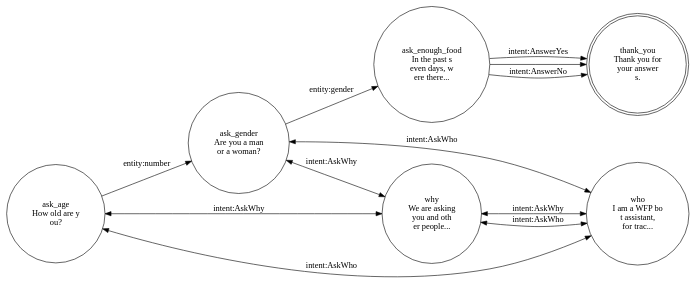
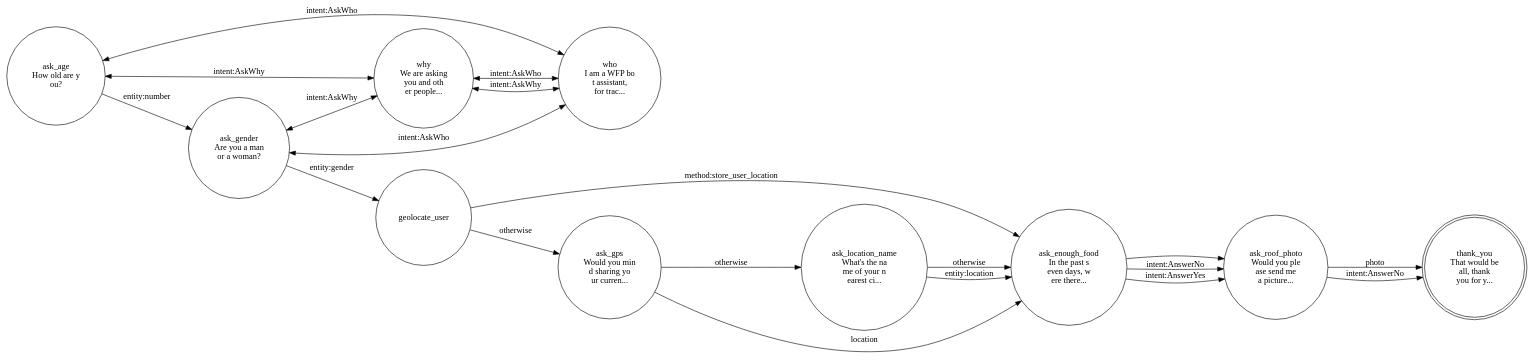
One commit to instedd/mvam-chatbot changed the diagram in data/survey.dot. Above: the diagram before and after it, drawn with Graphviz. The commit also changed 2 other files, not shown here.

Commit message:
Fix diagram drawing script

```diff
--- a/data/survey.dot
+++ b/data/survey.dot
@@ -1,41 +1,67 @@
 digraph survey_flow {
 	rankdir=LR;
 	size="40";
 	ask_age [ label = "ask_age
 How old are y
 ou?", shape = circle ];
 	ask_gender [ label = "ask_gender
 Are you a man
  or a woman?
 ", shape = circle ];
+	geolocate_user [ label = "geolocate_user
+", shape = circle ];
+	ask_gps [ label = "ask_gps
+Would you min
+d sharing yo
+ur curren...
+", shape = circle ];
+	ask_location_name [ label = "ask_location_name
+What's the na
+me of your n
+earest ci...
+", shape = circle ];
 	ask_enough_food [ label = "ask_enough_food
 In the past s
 even days, w
 ere there...
 ", shape = circle ];
+	ask_roof_photo [ label = "ask_roof_photo
+Would you ple
+ase send me 
+a picture...
+", shape = circle ];
 	thank_you [ label = "thank_you
-Thank you for
- your answer
-s.", shape = doublecircle ];
+That would be
+ all, thank 
+you for y...
+", shape = doublecircle ];
 	why [ label = "why
 We are asking
  you and oth
 er people...
 ", shape = circle ];
 	who [ label = "who
 I am a WFP bo
 t assistant,
  for trac...
 ", shape = circle ];
 	ask_age -> ask_gender [ label = "entity:number", dir = forward ];
 	ask_age -> why [ label = "intent:AskWhy", dir = both ];
 	ask_age -> who [ label = "intent:AskWho", dir = both ];
-	ask_gender -> ask_enough_food [ label = "entity:gender", dir = forward ];
+	ask_gender -> geolocate_user [ label = "entity:gender", dir = forward ];
 	ask_gender -> why [ label = "intent:AskWhy", dir = both ];
 	ask_gender -> who [ label = "intent:AskWho", dir = both ];
-	ask_enough_food -> thank_you [ label = "", dir = forward ];
-	ask_enough_food -> thank_you [ label = "intent:AnswerNo", dir = forward ];
-	ask_enough_food -> thank_you [ label = "intent:AnswerYes", dir = forward ];
+	geolocate_user -> ask_enough_food [ label = "method:store_user_location", dir = forward ];
+	geolocate_user -> ask_gps [ label = "otherwise", dir = forward ];
+	ask_gps -> ask_enough_food [ label = "location", dir = forward ];
+	ask_gps -> ask_location_name [ label = "otherwise", dir = forward ];
+	ask_location_name -> ask_enough_food [ label = "entity:location", dir = forward ];
+	ask_location_name -> ask_enough_food [ label = "otherwise", dir = forward ];
+	ask_enough_food -> ask_roof_photo [ label = "", dir = forward ];
+	ask_enough_food -> ask_roof_photo [ label = "intent:AnswerNo", dir = forward ];
+	ask_enough_food -> ask_roof_photo [ label = "intent:AnswerYes", dir = forward ];
+	ask_roof_photo -> thank_you [ label = "photo", dir = forward ];
+	ask_roof_photo -> thank_you [ label = "intent:AnswerNo", dir = forward ];
 	why -> who [ label = "intent:AskWho", dir = both ];
 	who -> why [ label = "intent:AskWhy", dir = both ];
 }
```
